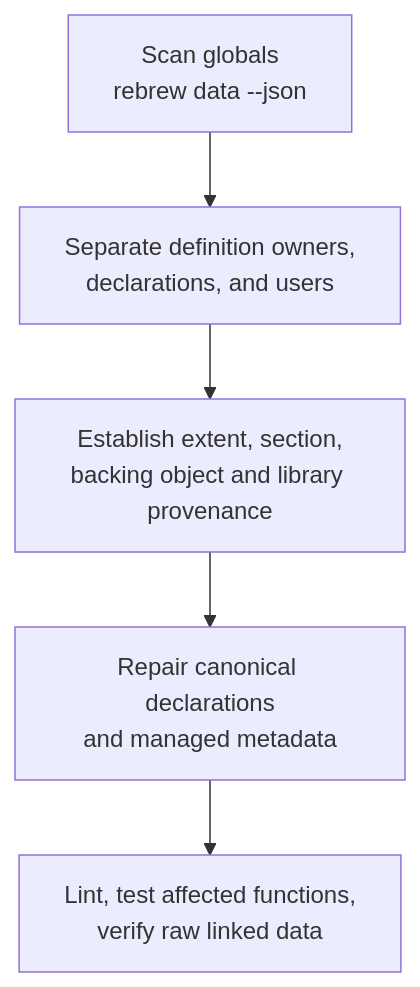
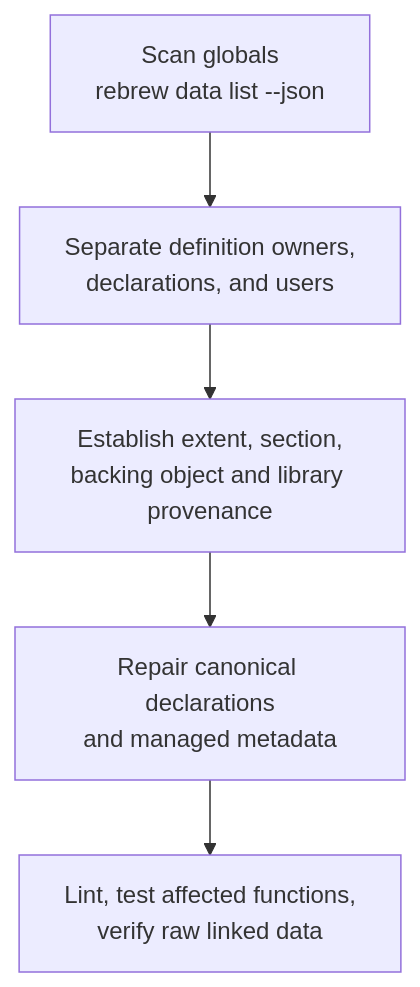
One commit to maci0/rebrew changed the diagram in .agents/skills/rebrew-data-analysis/SKILL.md. Above: the diagram before and after it, drawn with Mermaid. The commit also changed other lines of this file and 390 other files, not shown here.

````diff
--- a/.agents/skills/rebrew-data-analysis/SKILL.md
+++ b/.agents/skills/rebrew-data-analysis/SKILL.md
@@ -11,7 +11,7 @@
 ```mermaid
 graph TD
-    Scan[Scan globals<br/>rebrew data --json] --> Roles[Separate definition owners,<br/>declarations, and users]
+    Scan[Scan globals<br/>rebrew data list --json] --> Roles[Separate definition owners,<br/>declarations, and users]
     Roles --> Evidence[Establish extent, section,<br/>backing object and library provenance]
     Evidence --> Repair[Repair canonical declarations<br/>and managed metadata]
     Repair --> Verify[Lint, test affected functions,<br/>verify raw linked data]
 ```
````
